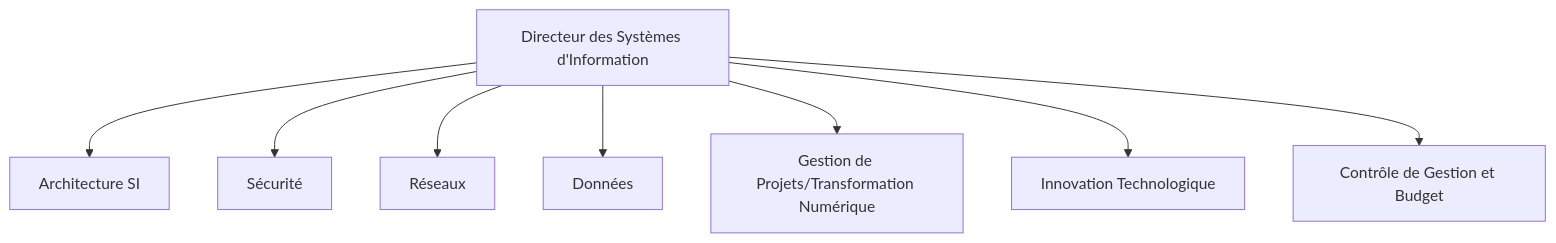
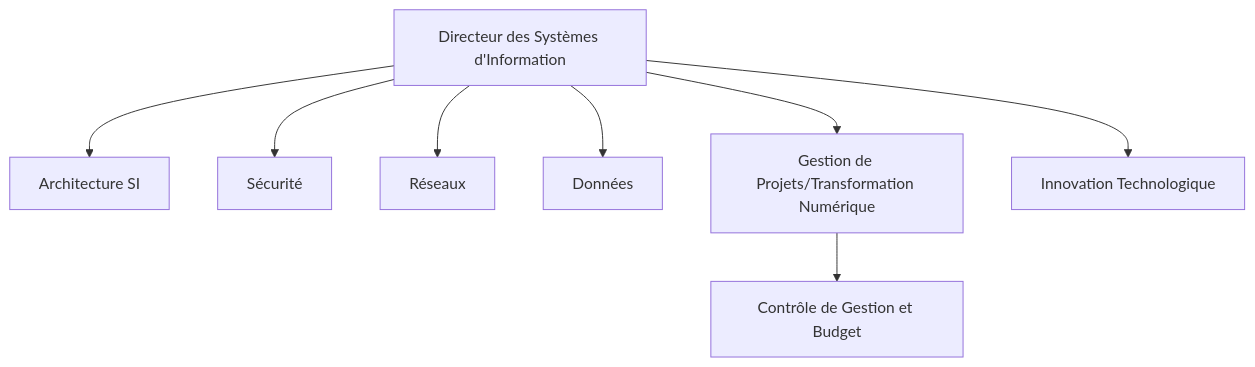
The first of 6 diagrams in MetiersArchitectesSI/SchemaArchitectureSystemeInformation.md (sanogotech/preparationCertificationCCNA), drawn with Mermaid before and after one commit.

````diff
--- a/MetiersArchitectesSI/SchemaArchitectureSystemeInformation.md
+++ b/MetiersArchitectesSI/SchemaArchitectureSystemeInformation.md
@@ -45,11 +45,12 @@
 ```mermaid
 graph TD
     A[Directeur des Systèmes d'Information] --> B[Architecture SI]
     A --> C[Sécurité]
     A --> D[Réseaux]
     A --> F[Données]
     A --> G[Gestion de Projets/Transformation Numérique]
     A --> H[Innovation Technologique]
-    A --> I[Contrôle de Gestion et Budget]
+
+    G --> I[Contrôle de Gestion et Budget]
 
 ```
````
